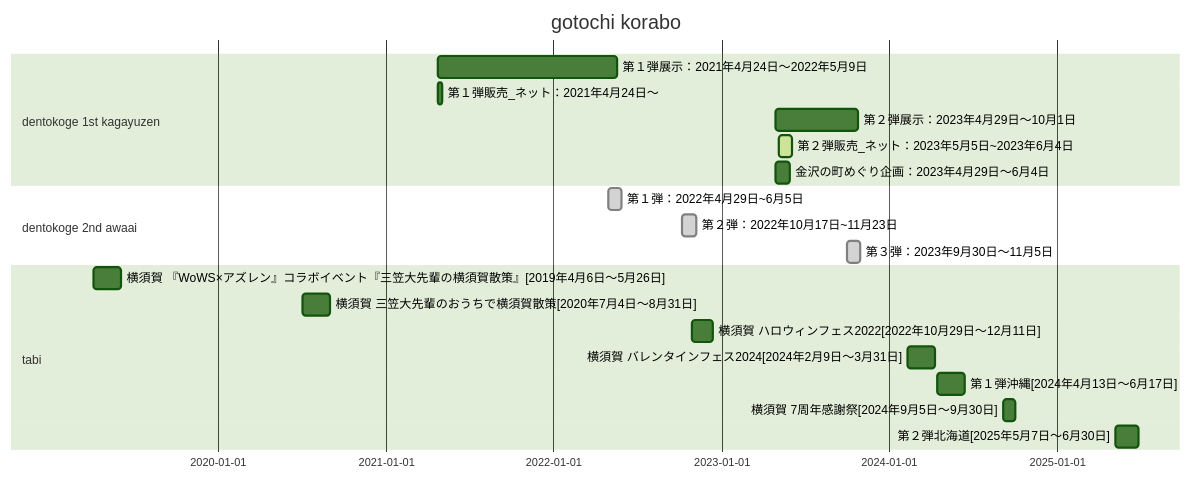
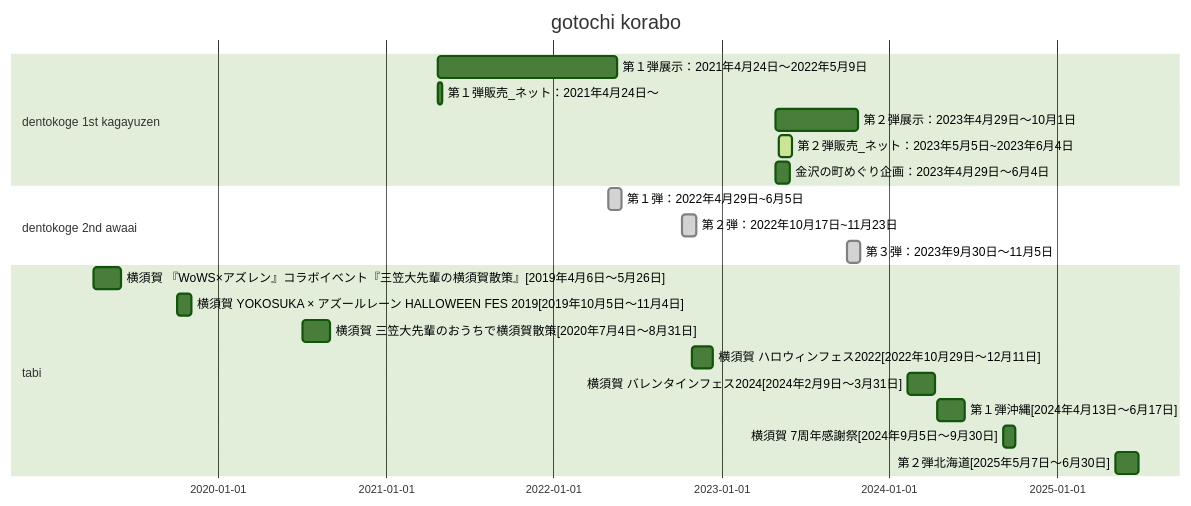
One commit to JihongNMI/SQL-and-Java changed the diagram in 정리_세계시간.md. Above: the diagram before and after it, drawn with Mermaid (forest theme). The commit also changed other lines of this file, not shown here.

````diff
--- a/정리_세계시간.md
+++ b/정리_세계시간.md
@@ -1,28 +1,33 @@
 ```mermaid
 gantt
     title gotochi korabo
     dateFormat  YYYY-MM-DD
 
     section dentokoge 1st kagayuzen
     第１弾展示：2021年4月24日～2022年5月9日    :    2021-04-24, 390d
     第１弾販売_ネット：2021年4月24日～    :    2021-04-24, 10d
     
     第２弾展示：2023年4月29日～10月1日    :    2023-04-29, 180d
     第２弾販売_ネット：2023年5月5日~2023年6月4日    :    active, 2023-05-05, 30d
     金沢の町めぐり企画：2023年4月29日～6月4日    :    2023-04-29, 30d
 
     section dentokoge 2nd awaai
     第１弾：2022年4月29日~6月5日    :    done, 2022-04-29, 30d
     第２弾：2022年10月17日~11月23日    :    done, 2022-10-07, 30d
     第３弾：2023年9月30日～11月5日    :    done, 2023-09-30, 30d
 
     section tabi
     横須賀 『WoWS×アズレン』コラボイベント『三笠大先輩の横須賀散策』[2019年4月6日～5月26日]    :    2019-04-06, 60d
+    横須賀 YOKOSUKA × アズールレーン HALLOWEEN FES 2019[2019年10月5日～11月4日]    :    2019-10-05, 30d
+
     横須賀 三笠大先輩のおうちで横須賀散策[2020年7月4日～8月31日]    :    2020-07-04, 60d
+
     横須賀 ハロウィンフェス2022[2022年10月29日～12月11日]    :    2022-10-29, 45d
+
     横須賀 バレンタインフェス2024[2024年2月9日～3月31日]    :    2024-02-09, 60d
     第１弾沖縄[2024年4月13日～6月17日]    :    2024-04-13, 60d
     横須賀 7周年感謝祭[2024年9月5日～9月30日]    :    2024-09-05, 25d
+
     第２弾北海道[2025年5月7日～6月30日]    :    2025-05-07, 50d
 
 ```
````
